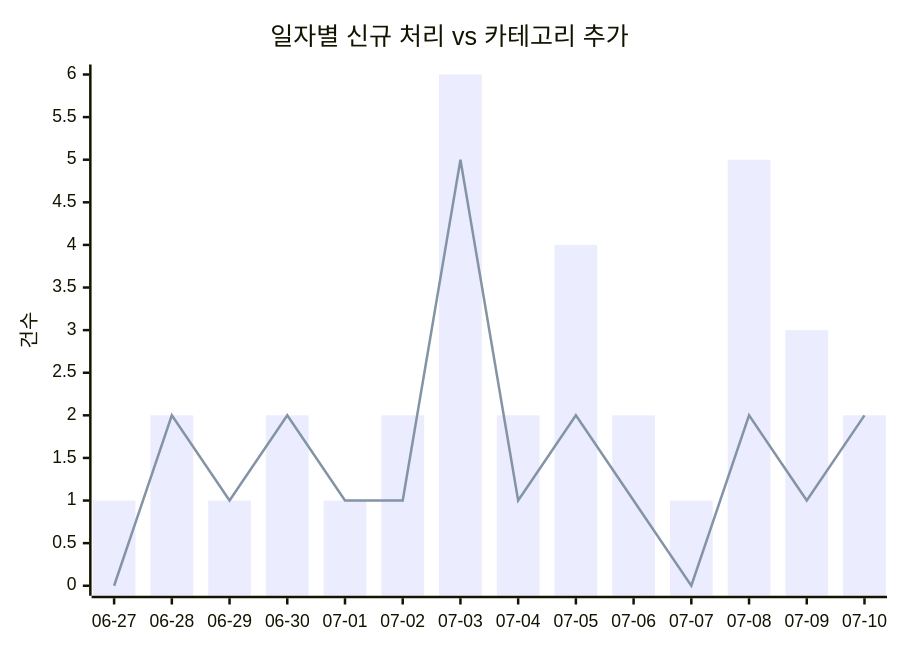
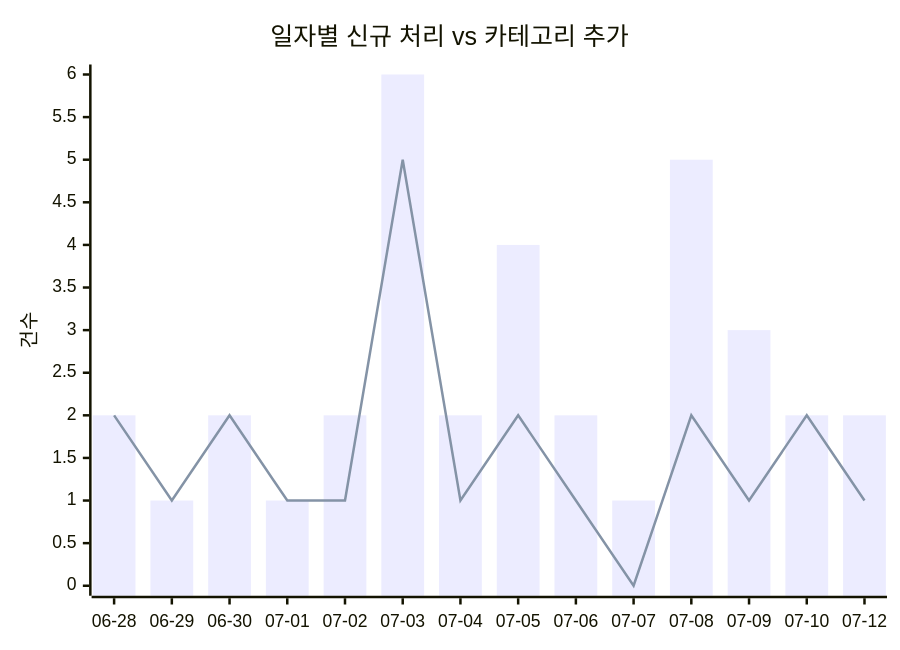
The first of 2 diagrams in docs/trends.md (J-nowcow/awesome-korean-agent-skills), drawn with Mermaid before and after one commit. The commit also changed other lines of this file and 3 other files, not shown here.

````diff
--- a/docs/trends.md
+++ b/docs/trends.md
@@ -32,8 +32,8 @@
 ```mermaid
 xychart-beta
     title "일자별 신규 처리 vs 카테고리 추가"
-    x-axis ["06-27","06-28","06-29","06-30","07-01","07-02","07-03","07-04","07-05","07-06","07-07","07-08","07-09","07-10"]
+    x-axis ["06-28","06-29","06-30","07-01","07-02","07-03","07-04","07-05","07-06","07-07","07-08","07-09","07-10","07-12"]
     y-axis "건수"
-    bar [1,2,1,2,1,2,6,2,4,2,1,5,3,2]
-    line [0,2,1,2,1,1,5,1,2,1,0,2,1,2]
+    bar [2,1,2,1,2,6,2,4,2,1,5,3,2,2]
+    line [2,1,2,1,1,5,1,2,1,0,2,1,2,1]
 ```
````
